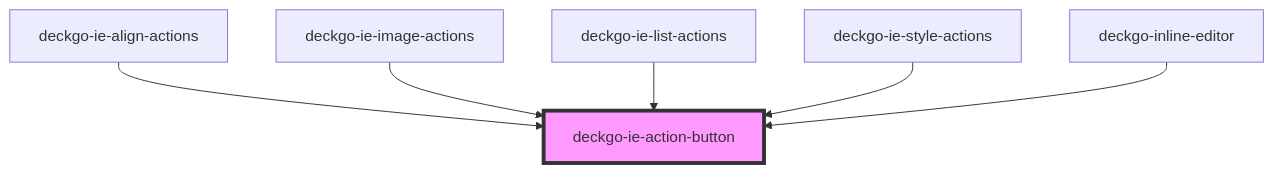
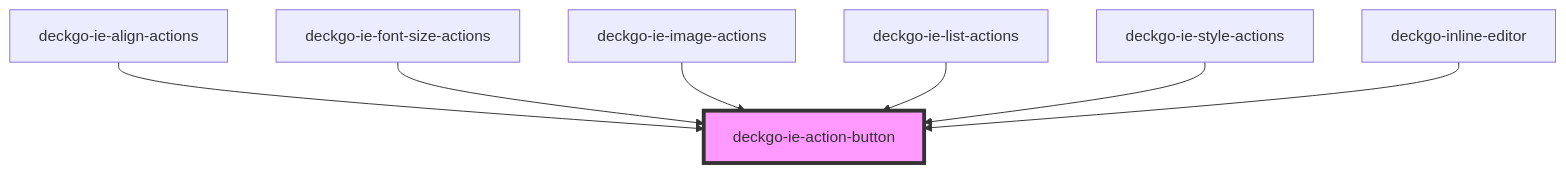
One commit to deckgo/deckdeckgo changed the diagram in webcomponents/inline-editor/src/components/components/action-button/readme.md. Above: the diagram before and after it, drawn with Mermaid. The commit also changed other lines of this file and 12 other files, not shown here.

Commit message:
feat: modify font-size

````diff
--- a/webcomponents/inline-editor/src/components/components/action-button/readme.md
+++ b/webcomponents/inline-editor/src/components/components/action-button/readme.md
@@ -31,9 +32,10 @@
 ```mermaid
 graph TD;
   deckgo-ie-align-actions --> deckgo-ie-action-button
+  deckgo-ie-font-size-actions --> deckgo-ie-action-button
   deckgo-ie-image-actions --> deckgo-ie-action-button
   deckgo-ie-list-actions --> deckgo-ie-action-button
   deckgo-ie-style-actions --> deckgo-ie-action-button
   deckgo-inline-editor --> deckgo-ie-action-button
   style deckgo-ie-action-button fill:#f9f,stroke:#333,stroke-width:4px
 ```
````
